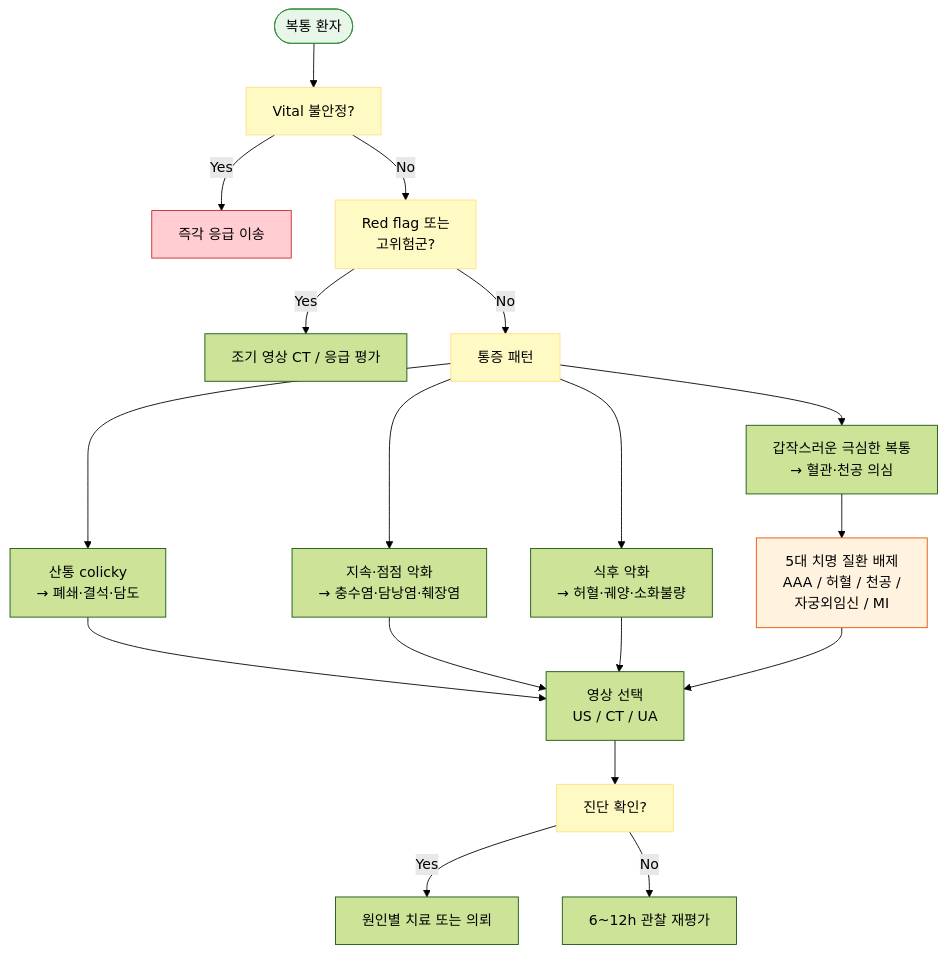
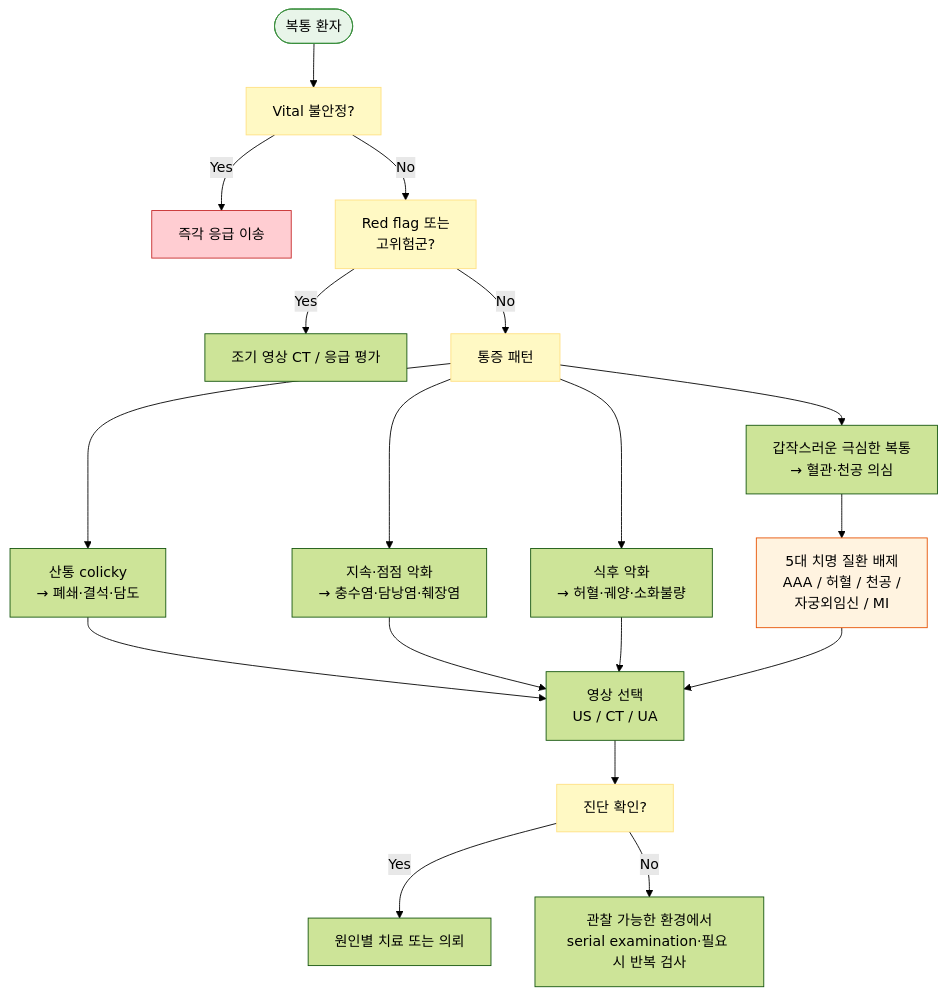
One commit to familyoh77/familyoh77 changed the third of 3 diagrams in 220_/003_-abdominal-pain.md. Above: the diagram before and after it, drawn with Mermaid (forest theme). The commit also changed other lines of this file, not shown here.

````diff
--- a/220_/003_-abdominal-pain.md
+++ b/220_/003_-abdominal-pain.md
@@ -339,25 +332,28 @@
 ```mermaid
 graph TD
     A([복통 환자]) --> B["Vital 불안정?"]
     B -- Yes --> C[즉각 응급 이송]
     B -- No --> D["Red flag 또는 <br/>고위험군?"]
     D -- Yes --> E["조기 영상 CT / 응급 평가"]
     D -- No --> F["통증 패턴"]
     F --> G["갑작스러운 극심한 복통<br/>→ 혈관·천공 의심"]
     F --> H["산통 colicky <br/>→ 폐쇄·결석·담도"]
     F --> I["지속·점점 악화 <br/>→ 충수염·담낭염·췌장염"]
     F --> J["식후 악화 <br/>→ 허혈·궤양·소화불량"]
     G --> K["5대 치명 질환 배제 <br/>AAA / 허혈 / 천공 / <br/>자궁외임신 / MI"]
     H --> L["영상 선택 <br/>US / CT / UA"]
     I --> L
     J --> L
     K --> L
     L --> M["진단 확인?"]
     M -- Yes --> N["원인별 치료 또는 의뢰"]
-    M -- No --> O["6~12h 관찰 재평가"]
-    style A fill:#e8f5e9,stroke:#388e3c
-    style C fill:#ffcdd2,stroke:#c62828
-    style K fill:#fff3e0,stroke:#e65100
+    M -- No --> O["관찰 가능한 환경에서<br/>serial examination·필요 시 반복 검사"]
+    classDef startNode fill:#e8f5e9,stroke:#388e3c
+    class A startNode
+    classDef red fill:#ffcdd2,stroke:#c62828
+    class C red
+    classDef orangeBox fill:#fff3e0,stroke:#e65100
+    class K orangeBox
     classDef yellow fill:#fff9c4,stroke:#ffe082
     class B,D,F,M yellow
 ```
````
